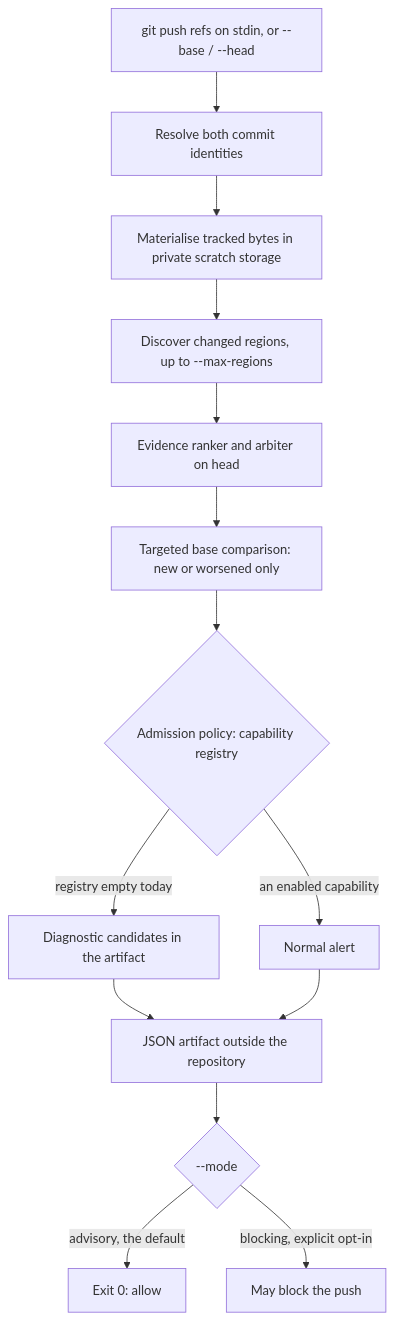
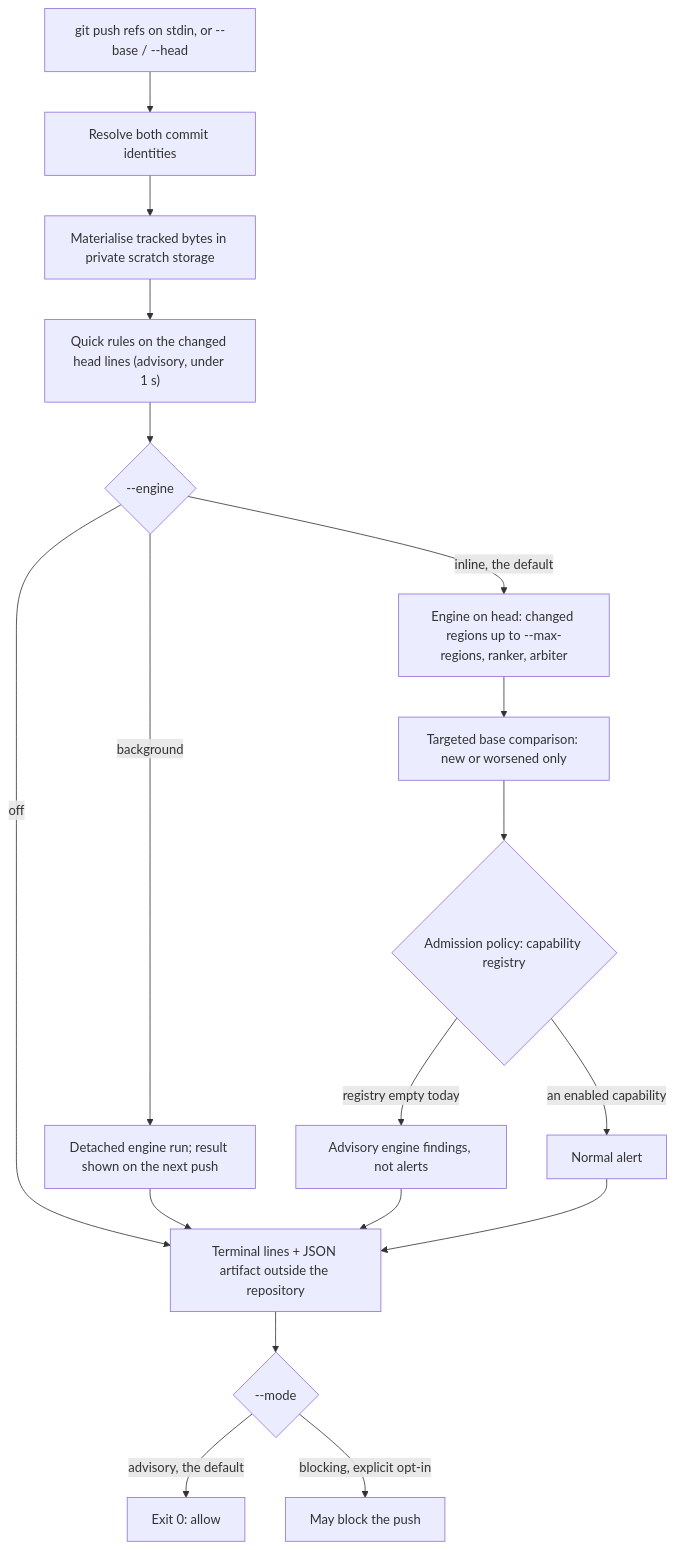
The third of 3 diagrams in docs/scanning.md (norandom/OpenUltraSAST), drawn with Mermaid before and after one commit. The commit also changed other lines of this file and 11 other files, not shown here.

First line of the commit message:
pre-push(17.6): install, Docker wrapper and first-run docs

````diff
--- a/docs/scanning.md
+++ b/docs/scanning.md
@@ -130,16 +130,20 @@
 ```mermaid
 flowchart TD
     input["git push refs on stdin, or --base / --head"] --> resolve["Resolve both commit identities"]
     resolve --> snap["Materialise tracked bytes in private scratch storage"]
-    snap --> regions["Discover changed regions, up to --max-regions"]
-    regions --> engine["Evidence ranker and arbiter on head"]
+    snap --> quick["Quick rules on the changed head lines (advisory, under 1 s)"]
+    quick --> eng{"--engine"}
+    eng -- "off" --> art
+    eng -- "background" --> bg["Detached engine run; result shown on the next push"]
+    bg --> art
+    eng -- "inline, the default" --> engine["Engine on head: changed regions up to --max-regions, ranker, arbiter"]
     engine --> cmp["Targeted base comparison: new or worsened only"]
     cmp --> admit{"Admission policy: capability registry"}
-    admit -- "registry empty today" --> diag["Diagnostic candidates in the artifact"]
+    admit -- "registry empty today" --> diag["Advisory engine findings, not alerts"]
     admit -- "an enabled capability" --> alert["Normal alert"]
-    diag --> art["JSON artifact outside the repository"]
+    diag --> art["Terminal lines + JSON artifact outside the repository"]
     alert --> art
     art --> exit{"--mode"}
     exit -- "advisory, the default" --> allow["Exit 0: allow"]
     exit -- "blocking, explicit opt-in" --> block["May block the push"]
 ```
````
